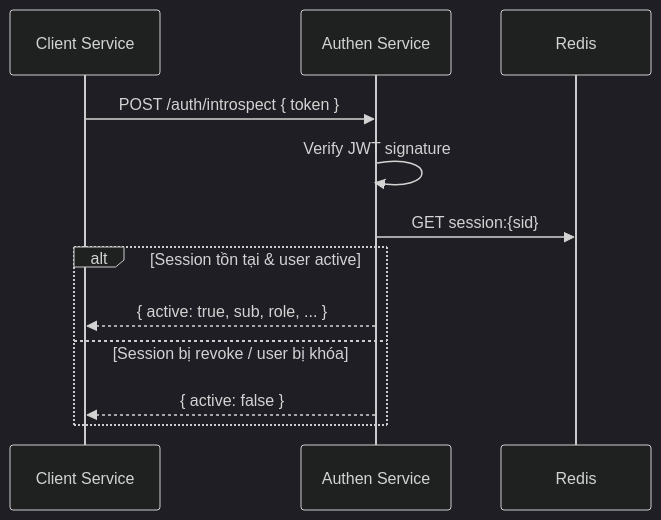
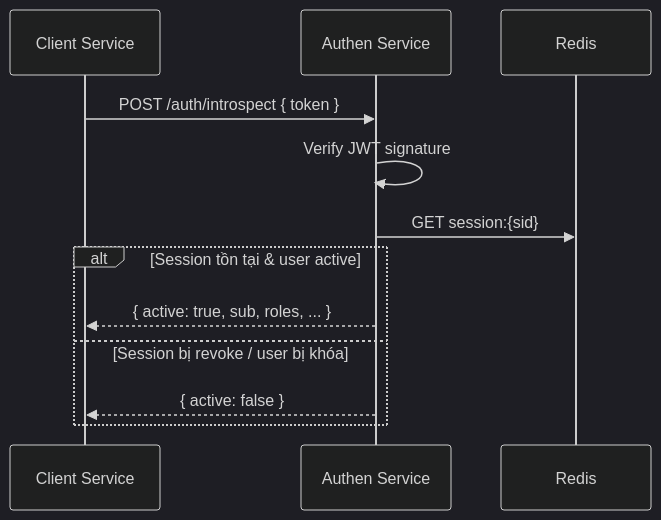
One commit to trandangkhoanlmt/authenService changed the fifth of 7 diagrams in docs/auth-service-design.md. Above: the diagram before and after it, drawn with Mermaid (dark theme). The commit also changed other lines of this file, not shown here.

````diff
--- a/docs/auth-service-design.md
+++ b/docs/auth-service-design.md
@@ -304,15 +444,15 @@
 ```mermaid
 sequenceDiagram
     participant S as Client Service
     participant A as Authen Service
     participant R as Redis
 
     S->>A: POST /auth/introspect { token }
     A->>A: Verify JWT signature
     A->>R: GET session:{sid}
     alt Session tồn tại & user active
-        A-->>S: { active: true, sub, role, ... }
+        A-->>S: { active: true, sub, roles, ... }
     else Session bị revoke / user bị khóa
         A-->>S: { active: false }
     end
 ```
````
